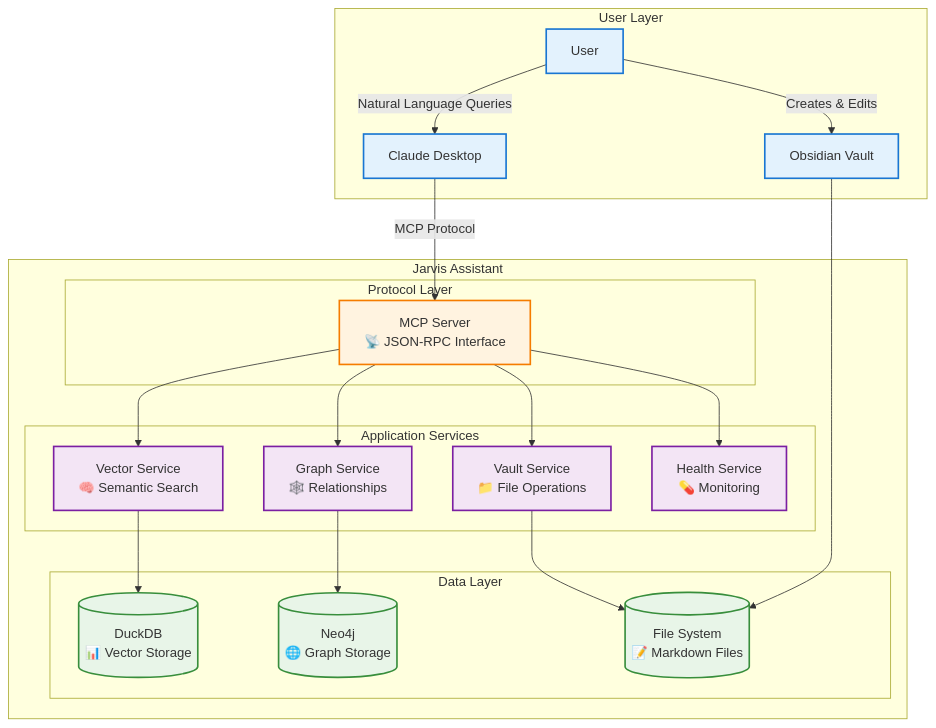
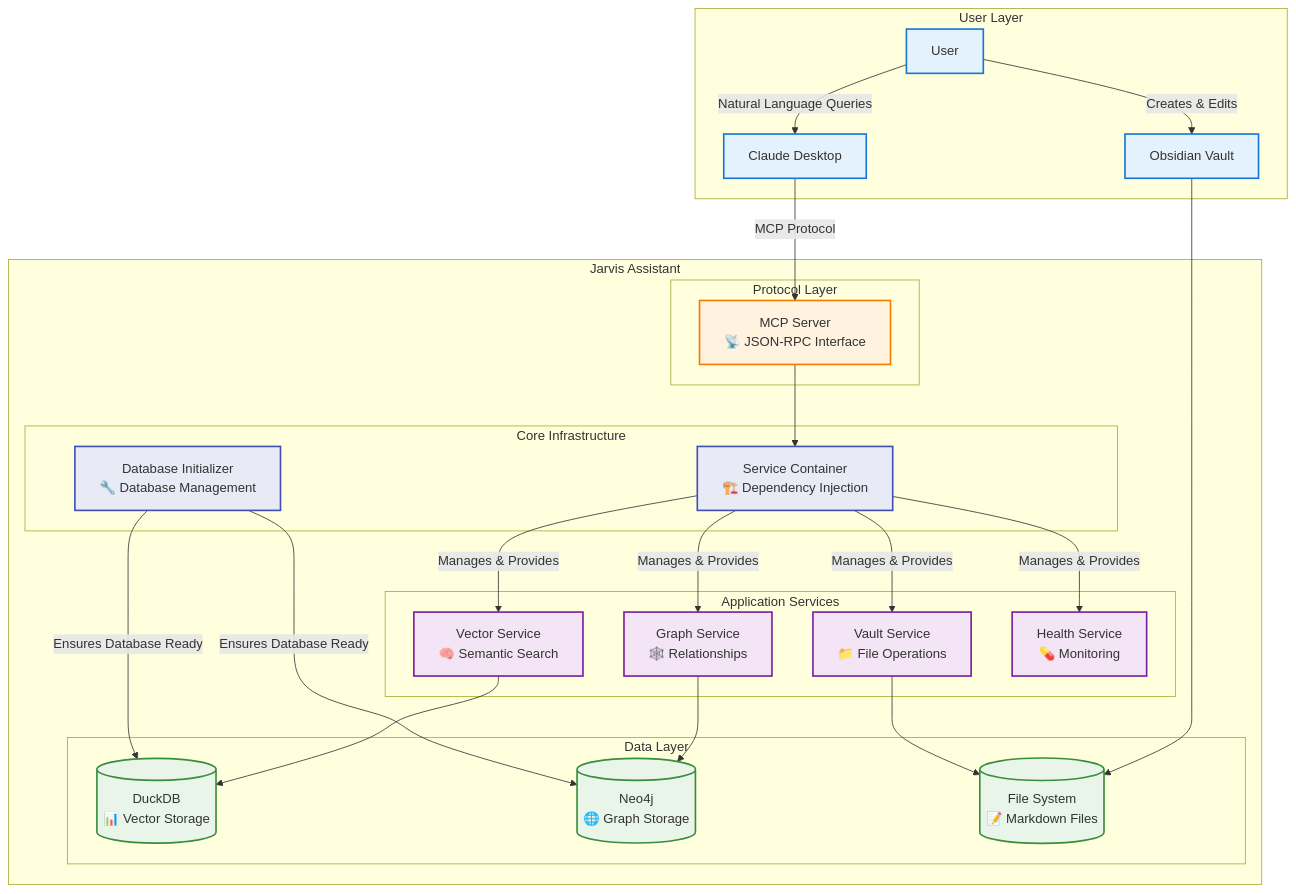
Before and after one commit to lars-3010/Jarvis-Assistant: the first of 4 diagrams in docs/02-system-design/system-overview.md, drawn with Mermaid. The commit also changed other lines of this file and 31 other files, not shown here.

````diff
--- a/docs/02-system-design/system-overview.md
+++ b/docs/02-system-design/system-overview.md
@@ -21,51 +21,62 @@
 ```mermaid
 graph TB
     subgraph "User Layer"
         U[User]
         CD[Claude Desktop]
         OV[Obsidian Vault]
     end
     
     subgraph "Jarvis Assistant"
         subgraph "Protocol Layer"
             MCP[MCP Server<br/>📡 JSON-RPC Interface]
+        end
+        
+        subgraph "Core Infrastructure"
+            SC[Service Container<br/>🏗️ Dependency Injection]
+            DI[Database Initializer<br/>🔧 Database Management]
         end
         
         subgraph "Application Services"
             VS[Vector Service<br/>🧠 Semantic Search]
             GS[Graph Service<br/>🕸️ Relationships]
             VaultS[Vault Service<br/>📁 File Operations]
             HS[Health Service<br/>💊 Monitoring]
         end
         
         subgraph "Data Layer"
             DDB[(DuckDB<br/>📊 Vector Storage)]
             NEO[(Neo4j<br/>🌐 Graph Storage)]
             FS[(File System<br/>📝 Markdown Files)]
         end
     end
     
     U -->|Natural Language Queries| CD
     CD -->|MCP Protocol| MCP
     U -->|Creates & Edits| OV
     
-    MCP --> VS
-    MCP --> GS
-    MCP --> VaultS
-    MCP --> HS
+    MCP --> SC
+    SC -->|Manages & Provides| VS
+    SC -->|Manages & Provides| GS
+    SC -->|Manages & Provides| VaultS
+    SC -->|Manages & Provides| HS
+    
+    DI -->|Ensures Database Ready| DDB
+    DI -->|Ensures Database Ready| NEO
     
     VS --> DDB
     GS --> NEO
     VaultS --> FS
     OV --> FS
     
     classDef user fill:#e3f2fd,stroke:#1976d2,stroke-width:2px
     classDef protocol fill:#fff3e0,stroke:#f57c00,stroke-width:2px
+    classDef infrastructure fill:#e8eaf6,stroke:#3f51b5,stroke-width:2px
     classDef service fill:#f3e5f5,stroke:#7b1fa2,stroke-width:2px
     classDef storage fill:#e8f5e8,stroke:#388e3c,stroke-width:2px
     
     class U,CD,OV user
     class MCP protocol
+    class SC,DI infrastructure
     class VS,GS,VaultS,HS service
     class DDB,NEO,FS storage
 ```
````
